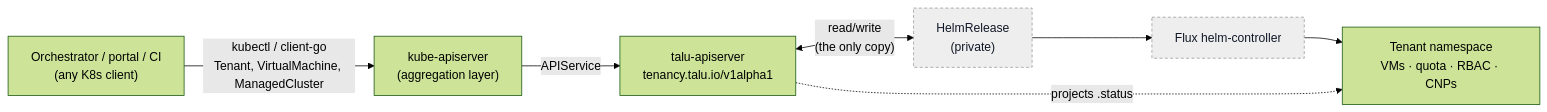
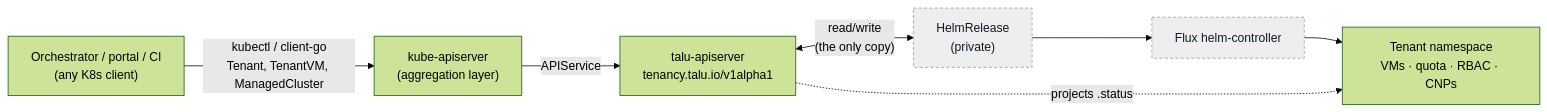
One commit to livenson/talu changed the diagram in docs/architecture/adr-api-layer.md. Above: the diagram before and after it, drawn with Mermaid (forest theme). The commit also changed other lines of this file and 7 other files, not shown here.

````diff
--- a/docs/architecture/adr-api-layer.md
+++ b/docs/architecture/adr-api-layer.md
@@ -73,18 +73,18 @@
 ```mermaid
 graph LR
     ORCH["Orchestrator / portal / CI<br/>(any K8s client)"]
     KAS["kube-apiserver<br/>(aggregation layer)"]
     TAPI["talu-apiserver<br/>tenancy.talu.io/v1alpha1"]
     HR["HelmRelease<br/>(private)"]
     FLUX["Flux helm-controller"]
     TNS["Tenant namespace<br/>VMs · quota · RBAC · CNPs"]
 
-    ORCH -->|"kubectl / client-go<br/>Tenant, VirtualMachine, ManagedCluster"| KAS
+    ORCH -->|"kubectl / client-go<br/>Tenant, TenantVM, ManagedCluster"| KAS
     KAS -->|APIService| TAPI
     TAPI <-->|"read/write<br/>(the only copy)"| HR
     HR --> FLUX --> TNS
     TAPI -.->|"projects .status"| TNS
 
     classDef priv fill:#eeeeee,stroke:#999999,color:#111827,stroke-dasharray:4 3;
     class HR,FLUX priv;
 ```
````
